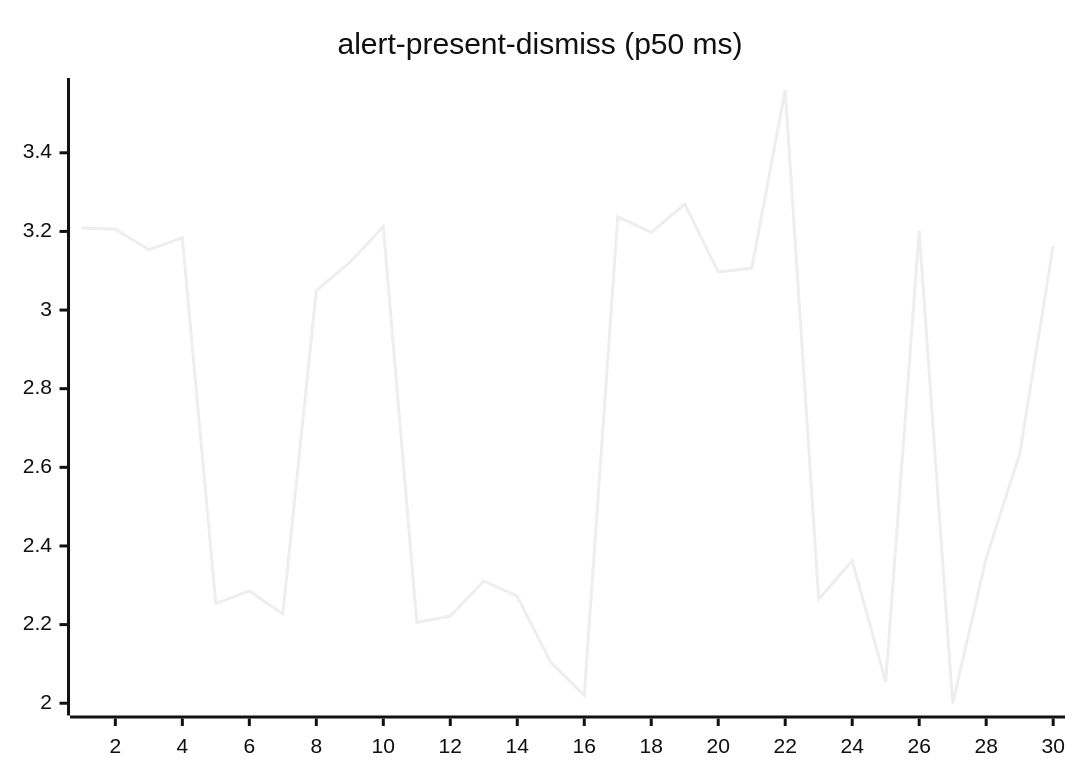
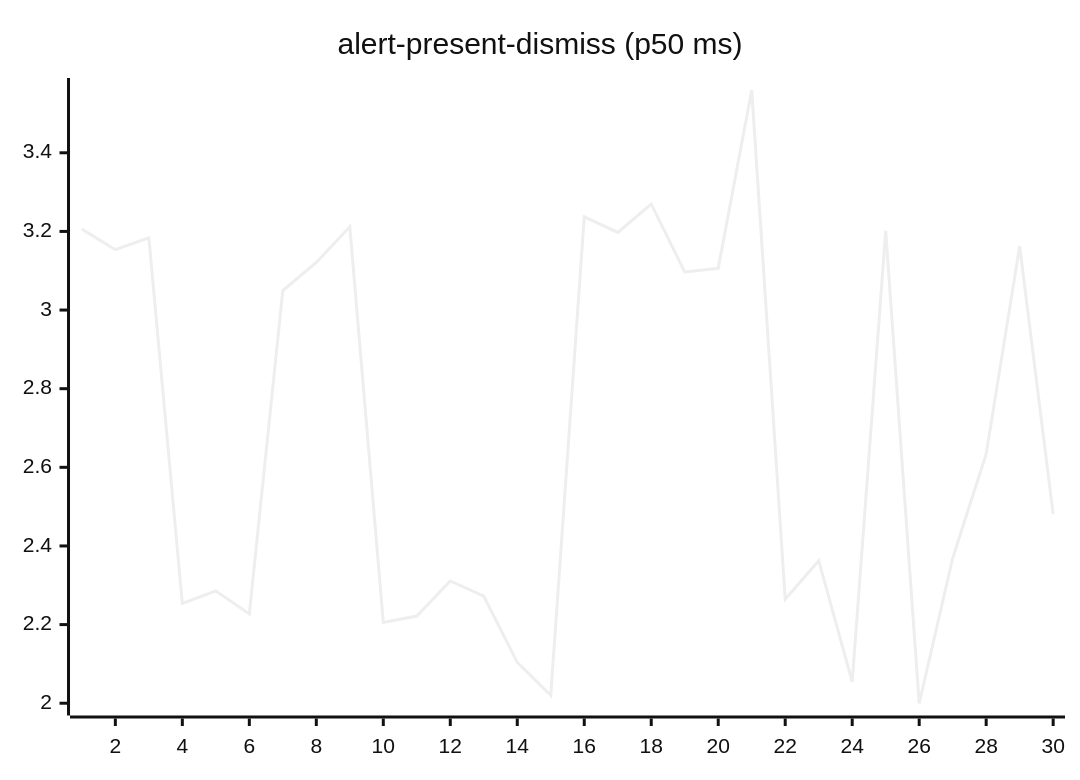
The second of 27 diagrams in README.md (josha/Facet), drawn with Mermaid (neutral theme) before and after one commit. The commit also changed other lines of this file and 2 other files, not shown here.

````diff
--- a/README.md
+++ b/README.md
@@ -70,6 +70,6 @@
 ```mermaid
 xychart-beta
     title "alert-present-dismiss (p50 ms)"
     x-axis 1 --> 30
-    line [3.2090, 3.2058, 3.1536, 3.1837, 2.2536, 2.2857, 2.2272, 3.0496, 3.1212, 3.2117, 2.2054, 2.2216, 2.3109, 2.2722, 2.1040, 2.0200, 3.2371, 3.1976, 3.2697, 3.0970, 3.1061, 3.5597, 2.2642, 2.3626, 2.0543, 3.2013, 1.9993, 2.3689, 2.6340, 3.1626]
+    line [3.2058, 3.1536, 3.1837, 2.2536, 2.2857, 2.2272, 3.0496, 3.1212, 3.2117, 2.2054, 2.2216, 2.3109, 2.2722, 2.1040, 2.0200, 3.2371, 3.1976, 3.2697, 3.0970, 3.1061, 3.5597, 2.2642, 2.3626, 2.0543, 3.2013, 1.9993, 2.3689, 2.6340, 3.1626, 2.4814]
 ```
````
